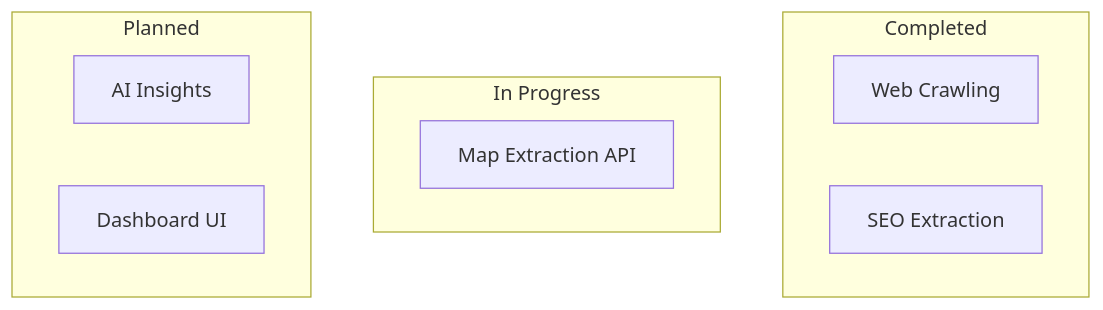
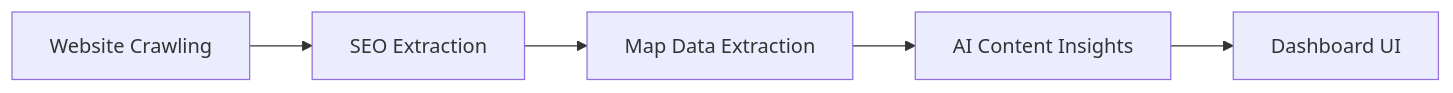
Before and after one commit to jeevabca/new_imp: the diagram in README.md, drawn with Mermaid. The commit also changed other lines of this file, not shown here.

Commit message:
Update roadmap and feature progress diagram

````diff
--- a/README.md
+++ b/README.md
@@ -3,16 +3,7 @@
 ```mermaid
-flowchart TB
-    subgraph Completed
-        A[Web Crawling]
-        B[SEO Extraction]
-    end
-
-    subgraph In Progress
-        C[Map Extraction API]
-    end
-
-    subgraph Planned
-        D[AI Insights]
-        E[Dashboard UI]
-    end
+flowchart LR
+    A[Website Crawling] --> B[SEO Extraction]
+    B --> C[Map Data Extraction]
+    C --> D[AI Content Insights]
+    D --> E[Dashboard UI]
 ```
````
